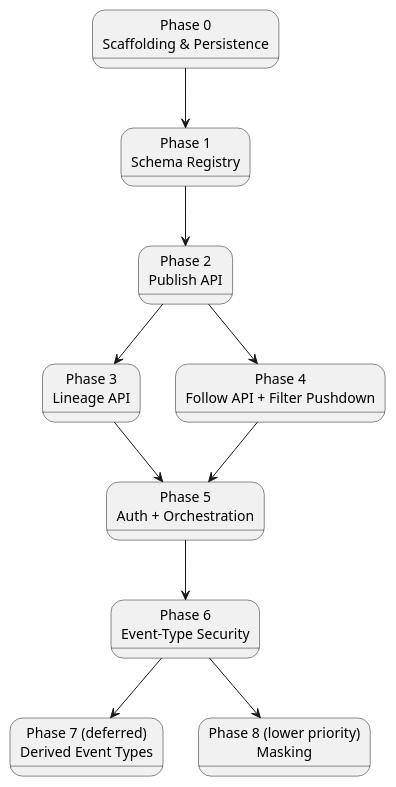
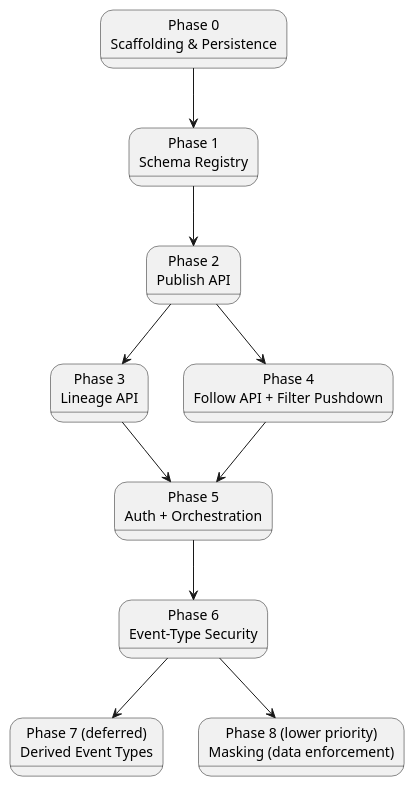
Before and after one commit to Mwwhited-BookLearning/EventSourcing: the diagram in docs/08-build-plan.md, drawn with PlantUML. The commit also changed other lines of this file and 5 other files, not shown here.

````diff
--- a/docs/08-build-plan.md
+++ b/docs/08-build-plan.md
@@ -16,23 +16,23 @@
 ```plantuml
 @startuml BuildPlan_Phases
 state "Phase 0\nScaffolding & Persistence" as p0
 state "Phase 1\nSchema Registry" as p1
 state "Phase 2\nPublish API" as p2
 state "Phase 3\nLineage API" as p3
 state "Phase 4\nFollow API + Filter Pushdown" as p4
 state "Phase 5\nAuth + Orchestration" as p5
 state "Phase 6\nEvent-Type Security" as p6
 state "Phase 7 (deferred)\nDerived Event Types" as p7
-state "Phase 8 (lower priority)\nMasking" as p8
+state "Phase 8 (lower priority)\nMasking (data enforcement)" as p8
 
 p0 --> p1
 p1 --> p2
 p2 --> p3
 p2 --> p4
 p3 --> p5
 p4 --> p5
 p5 --> p6
 p6 --> p7
 p6 --> p8
 @enduml
 ```
````
